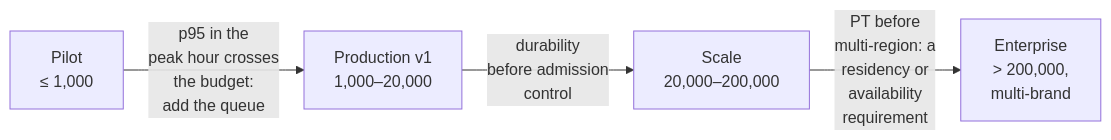
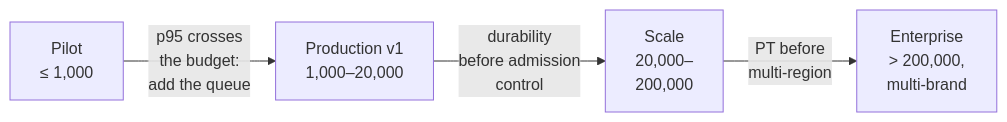
One commit to aniryou/full-stack-agentic-engineer changed the third of 3 diagrams in 06-gateway/scaling-admission-cost/agentic-scaling-lab/docs/01-scaling-primer.md. Above: the diagram before and after it, drawn with Mermaid. The commit also changed other lines of this file and 211 other files, not shown here.

````diff
--- a/06-gateway/scaling-admission-cost/agentic-scaling-lab/docs/01-scaling-primer.md
+++ b/06-gateway/scaling-admission-cost/agentic-scaling-lab/docs/01-scaling-primer.md
@@ -625,6 +651,6 @@
 ```mermaid
 flowchart LR
-    P["Pilot<br/>≤ 1,000"] -- "p95 in the<br/>peak hour crosses<br/>the budget:<br/>add the queue" --> V1["Production v1<br/>1,000–20,000"]
-    V1 -- "durability<br/>before admission<br/>control" --> S["Scale<br/>20,000–200,000"]
-    S -- "PT before<br/>multi-region: a<br/>residency or<br/>availability<br/>requirement" --> E["Enterprise<br/>> 200,000,<br/>multi-brand"]
+    P["Pilot<br/>≤ 1,000"] -- "p95 crosses<br/>the budget:<br/>add the queue" --> V1["Production v1<br/>1,000–20,000"]
+    V1 -- "durability<br/>before admission<br/>control" --> S["Scale<br/>20,000–<br/>200,000"]
+    S -- "PT before<br/>multi-region" --> E["Enterprise<br/>> 200,000,<br/>multi-brand"]
 ```
````
